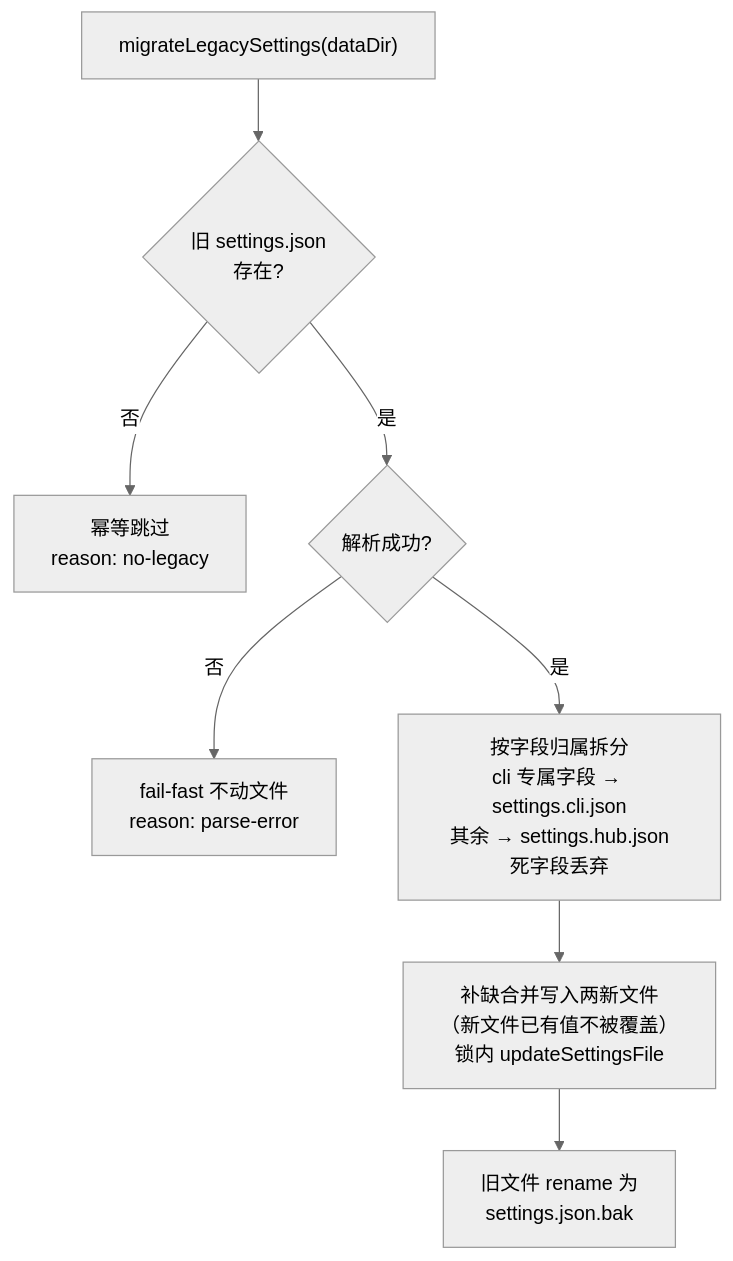
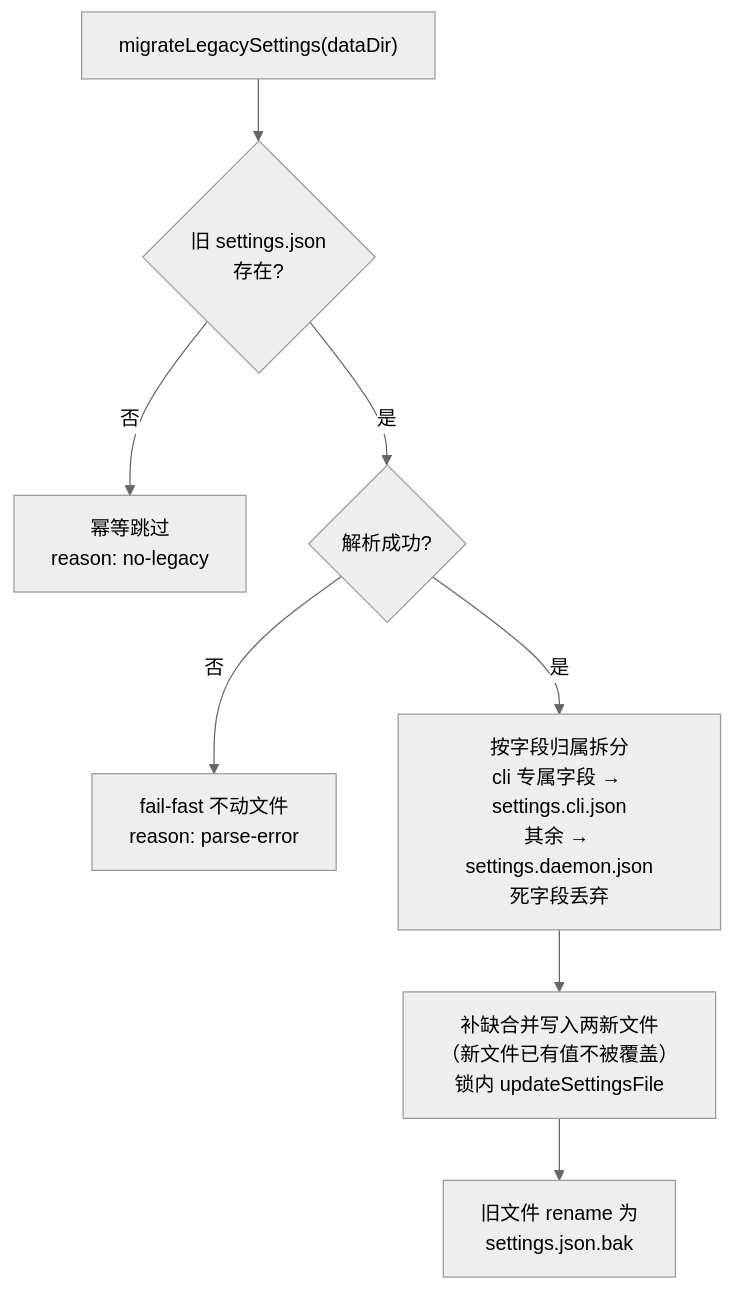
The first of 6 diagrams in docs/architecture/daemon/config/README.md (ModuBit/mobi), drawn with Mermaid (neutral theme) before and after one commit. The commit also changed other lines of this file and 86 other files, not shown here.

````diff
--- a/docs/architecture/daemon/config/README.md
+++ b/docs/architecture/daemon/config/README.md
@@ -17,10 +17,10 @@
 ```mermaid
 flowchart TB
     Start["migrateLegacySettings(dataDir)"] --> HasLegacy{"旧 settings.json<br/>存在?"}
     HasLegacy -->|否| Skip["幂等跳过<br/>reason: no-legacy"]
     HasLegacy -->|是| Parse{"解析成功?"}
     Parse -->|否| Fail["fail-fast 不动文件<br/>reason: parse-error"]
-    Parse -->|是| Split["按字段归属拆分<br/>cli 专属字段 → settings.cli.json<br/>其余 → settings.hub.json<br/>死字段丢弃"]
+    Parse -->|是| Split["按字段归属拆分<br/>cli 专属字段 → settings.cli.json<br/>其余 → settings.daemon.json<br/>死字段丢弃"]
     Split --> Merge["补缺合并写入两新文件<br/>（新文件已有值不被覆盖）<br/>锁内 updateSettingsFile"]
     Merge --> Archive["旧文件 rename 为<br/>settings.json.bak"]
 ```
````
